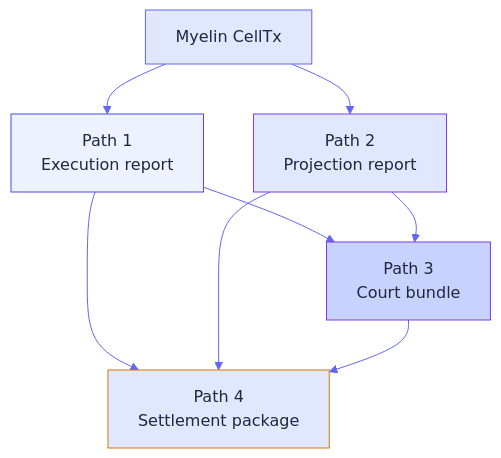
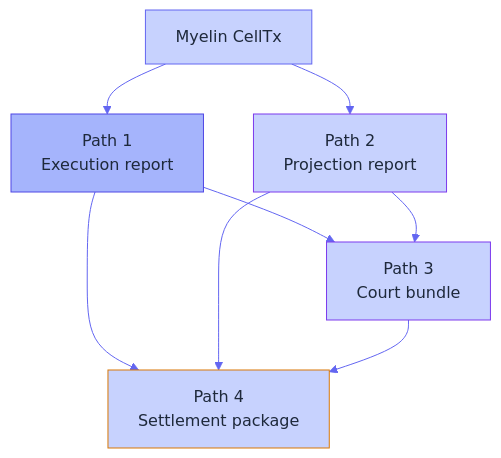
Before and after one commit to Myelin-Labs/Myelin: the second of 2 diagrams in docs/security/evidence-paths.md, drawn with Mermaid. The commit also changed other lines of this file and 31 other files, not shown here.

````diff
--- a/docs/security/evidence-paths.md
+++ b/docs/security/evidence-paths.md
@@ -231,31 +231,31 @@
 ```mermaid
 %%{init: {
   "theme": "base",
   "themeVariables": {
-    "primaryColor": "#EEF2FF",
+    "primaryColor": "#A5B4FC",
     "primaryTextColor": "#1E293B",
     "primaryBorderColor": "#4F46E5",
     "lineColor": "#6366F1",
-    "secondaryColor": "#E0E7FF",
+    "secondaryColor": "#C7D2FE",
     "tertiaryColor": "#C7D2FE"
   }
 }}%%
 flowchart TB
     A["Myelin CellTx"]:::in
     P1["Path 1<br/>Execution report"]:::p1
     P2["Path 2<br/>Projection report"]:::p2
     P3["Path 3<br/>Court bundle"]:::p3
     P4["Path 4<br/>Settlement package"]:::p4
 
     A --> P1 --> P3
     A --> P2 --> P3
     P1 --> P4
     P2 --> P4
     P3 --> P4
 
-    classDef in fill:#E0E7FF,stroke:#6366F1,color:#1E293B;
-    classDef p1 fill:#EEF2FF,stroke:#4F46E5,color:#1E293B;
-    classDef p2 fill:#E0E7FF,stroke:#7C3AED,color:#1E293B;
+    classDef in fill:#C7D2FE,stroke:#6366F1,color:#1E293B;
+    classDef p1 fill:#A5B4FC,stroke:#4F46E5,color:#1E293B;
+    classDef p2 fill:#C7D2FE,stroke:#7C3AED,color:#1E293B;
     classDef p3 fill:#C7D2FE,stroke:#7C3AED,color:#1E293B;
-    classDef p4 fill:#E0E7FF,stroke:#D97706,color:#1E293B;
+    classDef p4 fill:#C7D2FE,stroke:#D97706,color:#1E293B;
 ```
````
